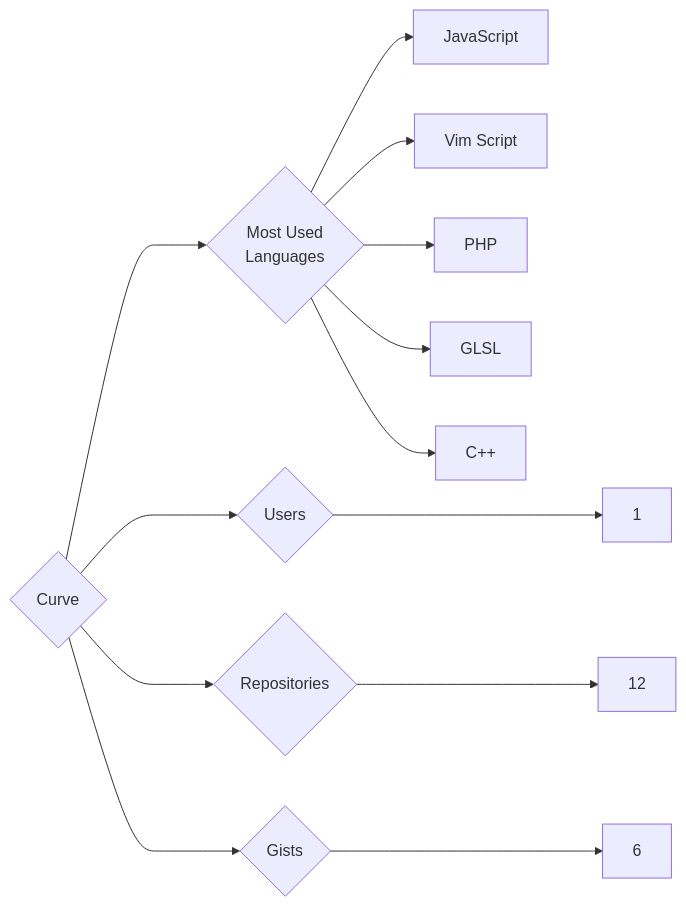
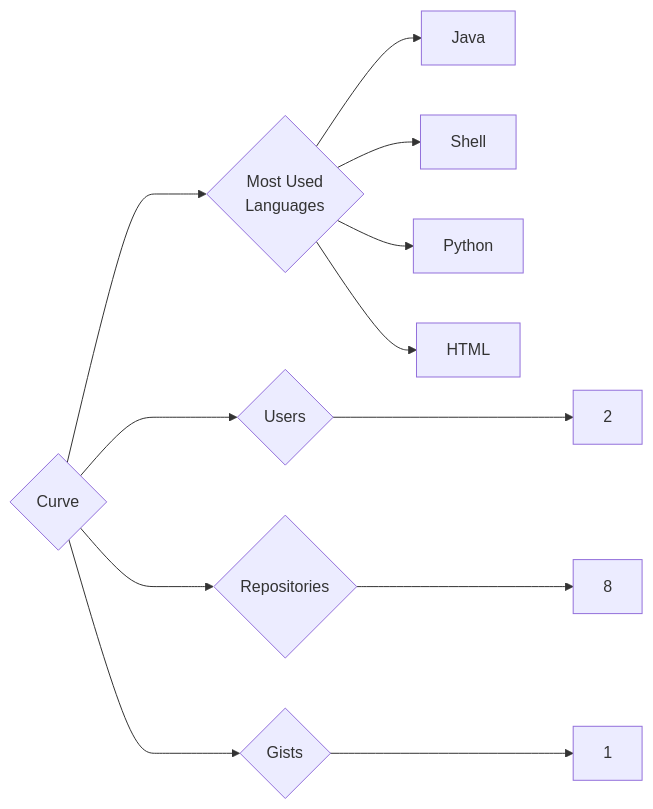
One commit to trickest/insiders changed the diagram in targets/Curve/README.md. Above: the diagram before and after it, drawn with Mermaid. The commit also changed 657 other files, not shown here.

````diff
--- a/targets/Curve/README.md
+++ b/targets/Curve/README.md
@@ -3,13 +3,12 @@
 ```mermaid
 graph LR
 COMPANY_NAME{Curve}
-COMPANY_NAME ---> U{Users} ---> UN[1]
-COMPANY_NAME ---> R{Repositories} ---> RN[12]
-COMPANY_NAME ---> G{Gists} ---> GN[6]
+COMPANY_NAME ---> U{Users} ---> UN[2]
+COMPANY_NAME ---> R{Repositories} ---> RN[8]
+COMPANY_NAME ---> G{Gists} ---> GN[1]
 COMPANY_NAME ---> ML{Most Used<br>Languages}
-ML --> JavaScript[JavaScript]
-ML --> Vim_Script[Vim Script]
-ML --> PHP[PHP]
-ML --> GLSL[GLSL]
-ML --> C++[C++]
+ML --> Java[Java]
+ML --> Shell[Shell]
+ML --> Python[Python]
+ML --> HTML[HTML]
 ```
````
